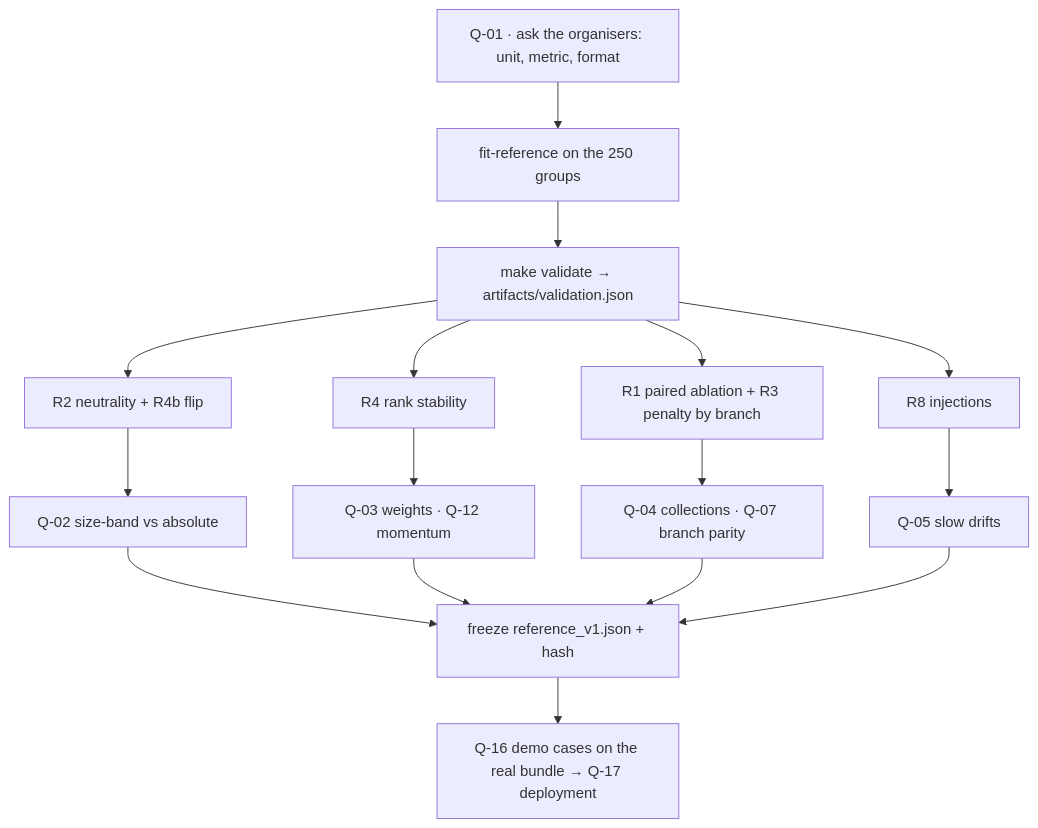
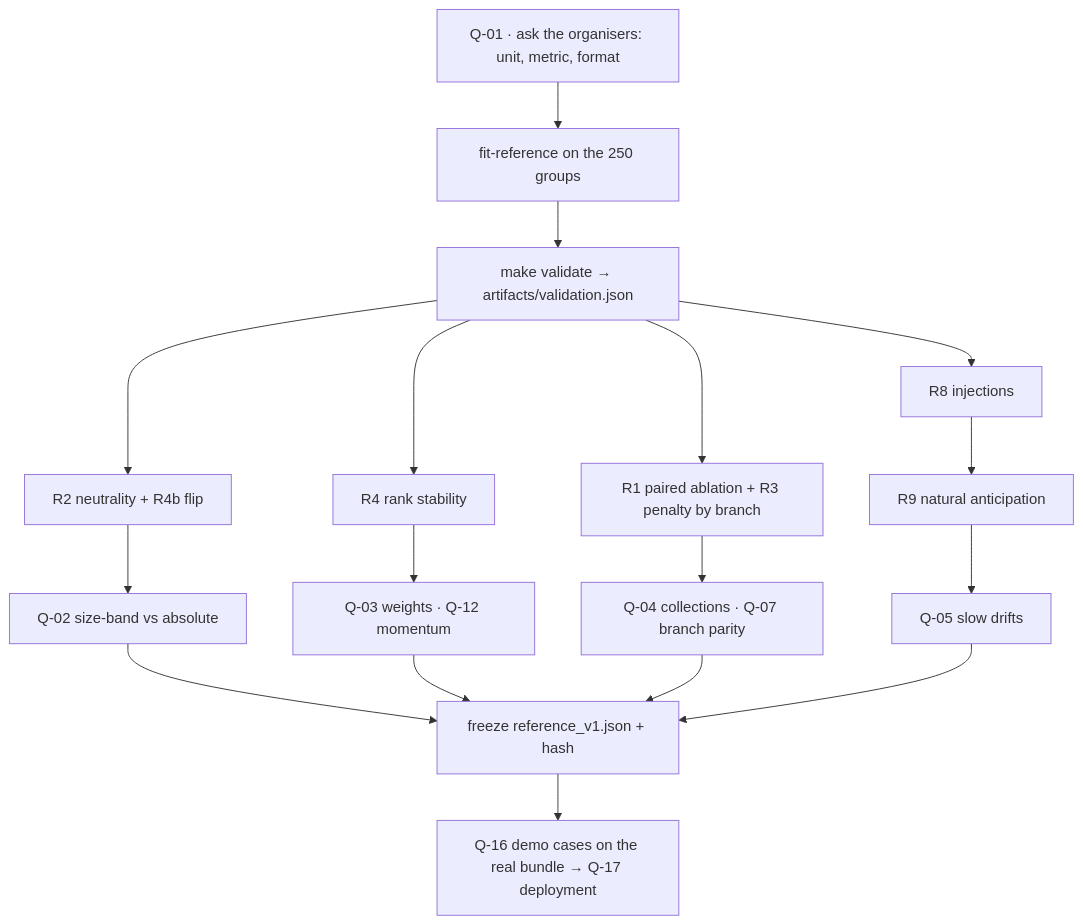
Before and after one commit to hackspain-2026-team1/quantum-churros: the diagram in docs/engine/OPEN_QUESTIONS.md, drawn with Mermaid. The commit also changed 18 other files, not shown here.

First line of the commit message:
Add natural anticipation evaluation with AUC and lead-time reporting.

````diff
--- a/docs/engine/OPEN_QUESTIONS.md
+++ b/docs/engine/OPEN_QUESTIONS.md
@@ -17,14 +17,15 @@
 ```mermaid
 flowchart TB
   ask["Q-01 · ask the organisers: unit, metric, format"] --> fit["fit-reference on the 250 groups"]
   fit --> val["make validate → artifacts/validation.json"]
   val --> r2["R2 neutrality + R4b flip"] --> q2["Q-02 size-band vs absolute"]
   val --> r4["R4 rank stability"] --> q3["Q-03 weights · Q-12 momentum"]
   val --> r1["R1 paired ablation + R3 penalty by branch"] --> q4["Q-04 collections · Q-07 branch parity"]
-  val --> r8["R8 injections"] --> q5["Q-05 slow drifts"]
+  val --> r8["R8 injections"] --> r9["R9 natural anticipation"]
+  r9 --> q5["Q-05 slow drifts"]
   q2 --> freeze["freeze reference_v1.json + hash"]
   q3 --> freeze
   q4 --> freeze
   q5 --> freeze
   freeze --> demo["Q-16 demo cases on the real bundle → Q-17 deployment"]
 ```
````
